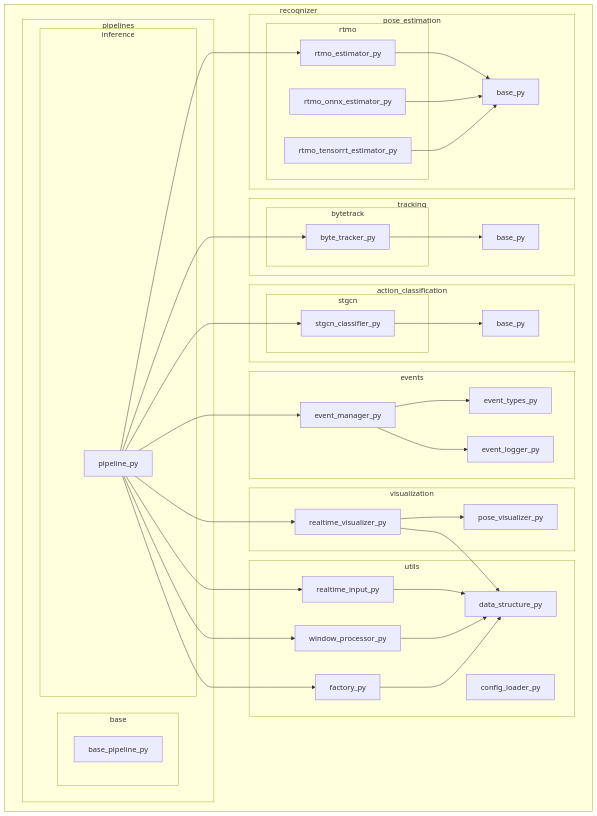
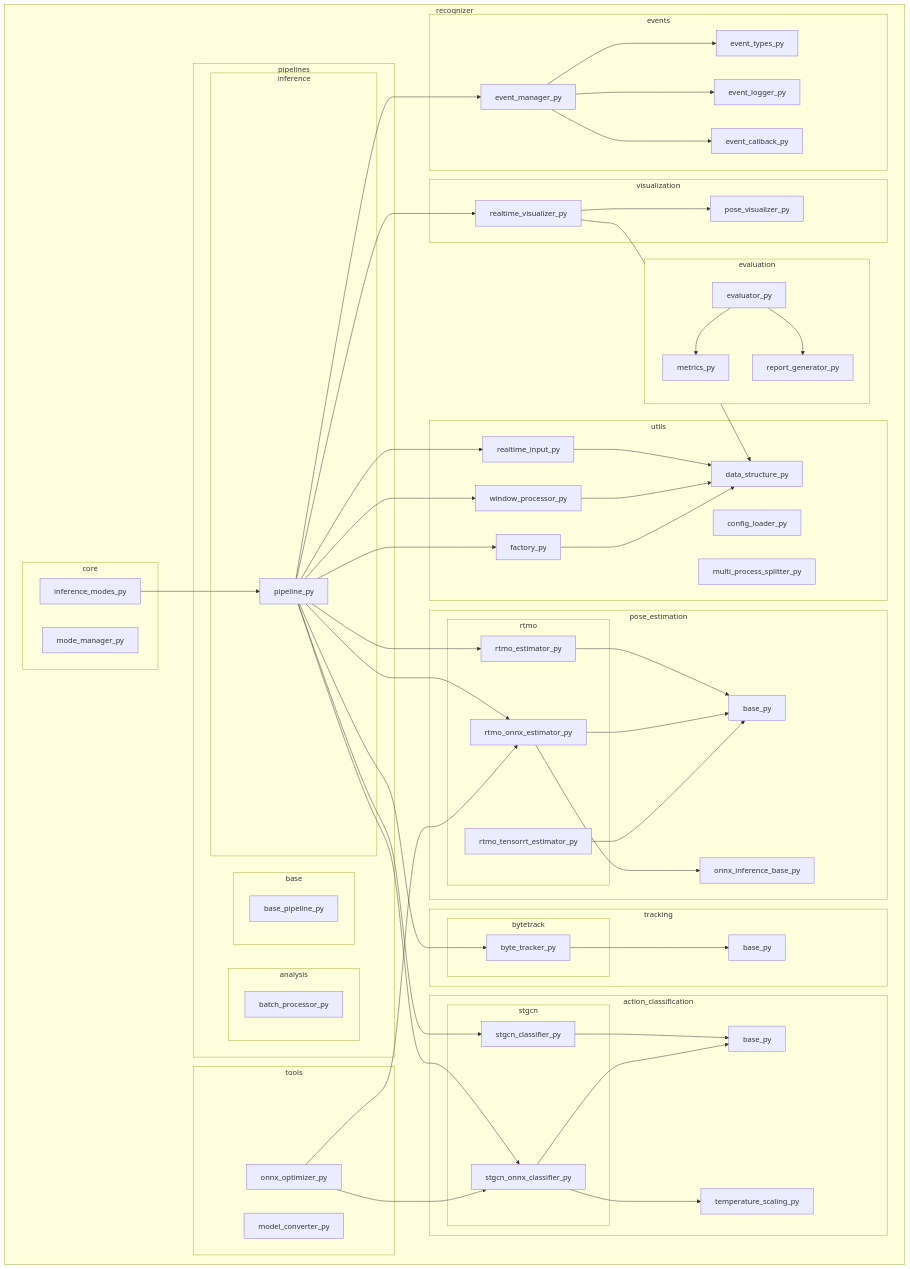
One commit to mars71003219/ar changed the seventh of 11 diagrams in recognizer/docs/UML_DIAGRAMS.md. Above: the diagram before and after it, drawn with Mermaid. The commit also changed other lines of this file and 6 other files, not shown here.

````diff
--- a/recognizer/docs/UML_DIAGRAMS.md
+++ b/recognizer/docs/UML_DIAGRAMS.md
@@ -512,12 +675,20 @@
 ```mermaid
 graph TB
     subgraph recognizer_package ["recognizer"]
+        subgraph core_package ["core"]
+            C1[inference_modes_py]
+            C2[mode_manager_py]
+        end
+        
         subgraph pipelines_package ["pipelines"]
             subgraph inference_package ["inference"]
                 P1[pipeline_py]
             end
+            subgraph analysis_package ["analysis"]
+                P2[batch_processor_py]
+            end
             subgraph base_package ["base"]
-                P2[base_pipeline_py]
+                P3[base_pipeline_py]
             end
         end
 
@@ -528,6 +699,7 @@
                 PE3[rtmo_tensorrt_estimator_py]
             end
             PE4[base_py]
+            PE5[onnx_inference_base_py]
         end
 
         subgraph tracking_package ["tracking"]
@@ -540,14 +712,17 @@
         subgraph action_classification_package ["action_classification"]
             subgraph stgcn_package ["stgcn"]
                 AC1[stgcn_classifier_py]
+                AC2[stgcn_onnx_classifier_py]
             end
-            AC2[base_py]
+            AC3[base_py]
+            AC4[temperature_scaling_py]
         end
 
         subgraph events_package ["events"]
             E1[event_manager_py]
             E2[event_types_py]
             E3[event_logger_py]
+            E4[event_callback_py]
         end
 
         subgraph visualization_package ["visualization"]
@@ -561,12 +736,27 @@
             U3[factory_py]
             U4[config_loader_py]
             U5[data_structure_py]
+            U6[multi_process_splitter_py]
+        end
+
+        subgraph evaluation_package ["evaluation"]
+            EV1[evaluator_py]
+            EV2[metrics_py]
+            EV3[report_generator_py]
+        end
+
+        subgraph tools_package ["tools"]
+            TO1[onnx_optimizer_py]
+            TO2[model_converter_py]
         end
     end
 
+    C1 --> P1
     P1 --> PE1
+    P1 --> PE2
     P1 --> T1
     P1 --> AC1
+    P1 --> AC2
     P1 --> E1
     P1 --> V1
     P1 --> U1
@@ -575,13 +765,17 @@
 
     PE1 --> PE4
     PE2 --> PE4
+    PE2 --> PE5
     PE3 --> PE4
 
     T1 --> T2
-    AC1 --> AC2
+    AC1 --> AC3
+    AC2 --> AC3
+    AC2 --> AC4
 
     E1 --> E2
     E1 --> E3
+    E1 --> E4
 
     V1 --> V2
     V1 --> U5
@@ -589,4 +783,10 @@
     U1 --> U5
     U2 --> U5
     U3 --> U5
+
+    EV1 --> EV2
+    EV1 --> EV3
+
+    TO1 --> PE2
+    TO1 --> AC2
 ```
````
